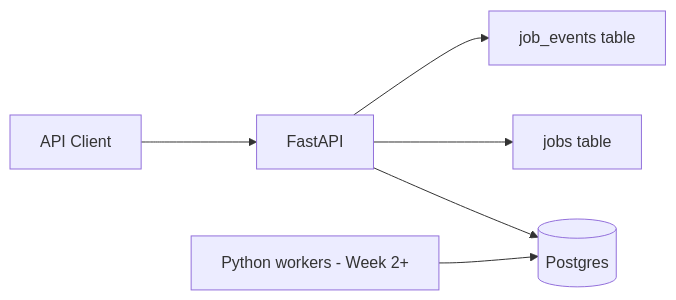
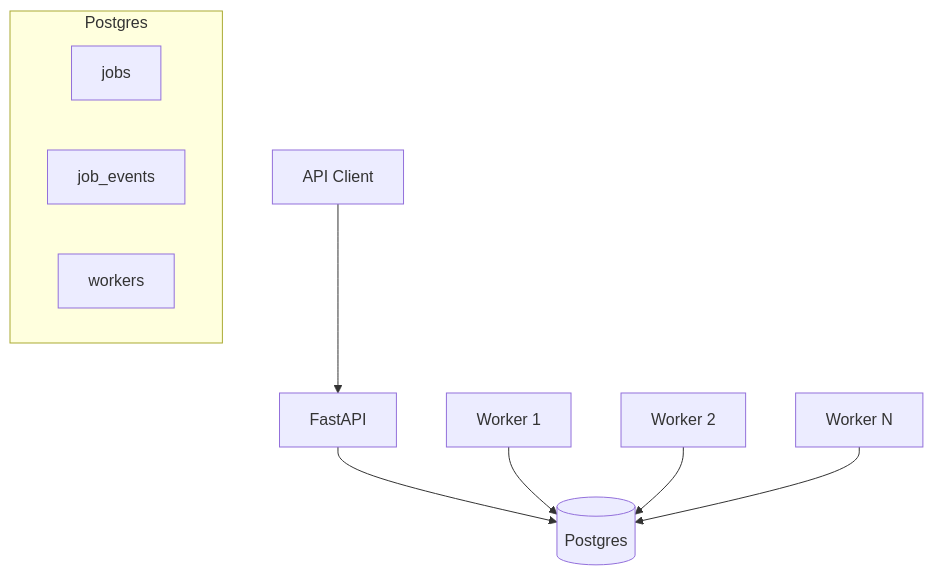
The diagram in README.md (rmarathe-hub/ReliQueue), drawn with Mermaid before and after one commit. The commit also changed other lines of this file and 6 other files, not shown here.

First line of the commit message:
finish week 2 workers, docs, and readiness tests

````diff
--- a/README.md
+++ b/README.md
@@ -19,8 +28,15 @@
 ```mermaid
-flowchart LR
+flowchart TB
     Client[API Client] --> API[FastAPI]
     API --> DB[(Postgres)]
-    API --> Jobs[jobs table]
-    API --> Events[job_events table]
-    Worker[Python workers - Week 2+] --> DB
+
+    W1[Worker 1] --> DB
+    W2[Worker 2] --> DB
+    WN[Worker N] --> DB
+
+    subgraph Postgres
+        Jobs[jobs]
+        Events[job_events]
+        Workers[workers]
+    end
 ```
````
